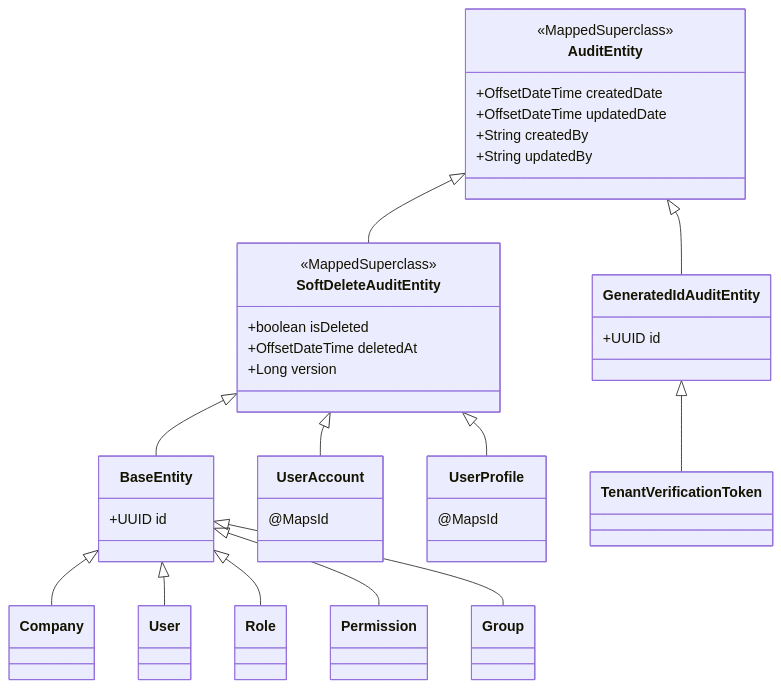
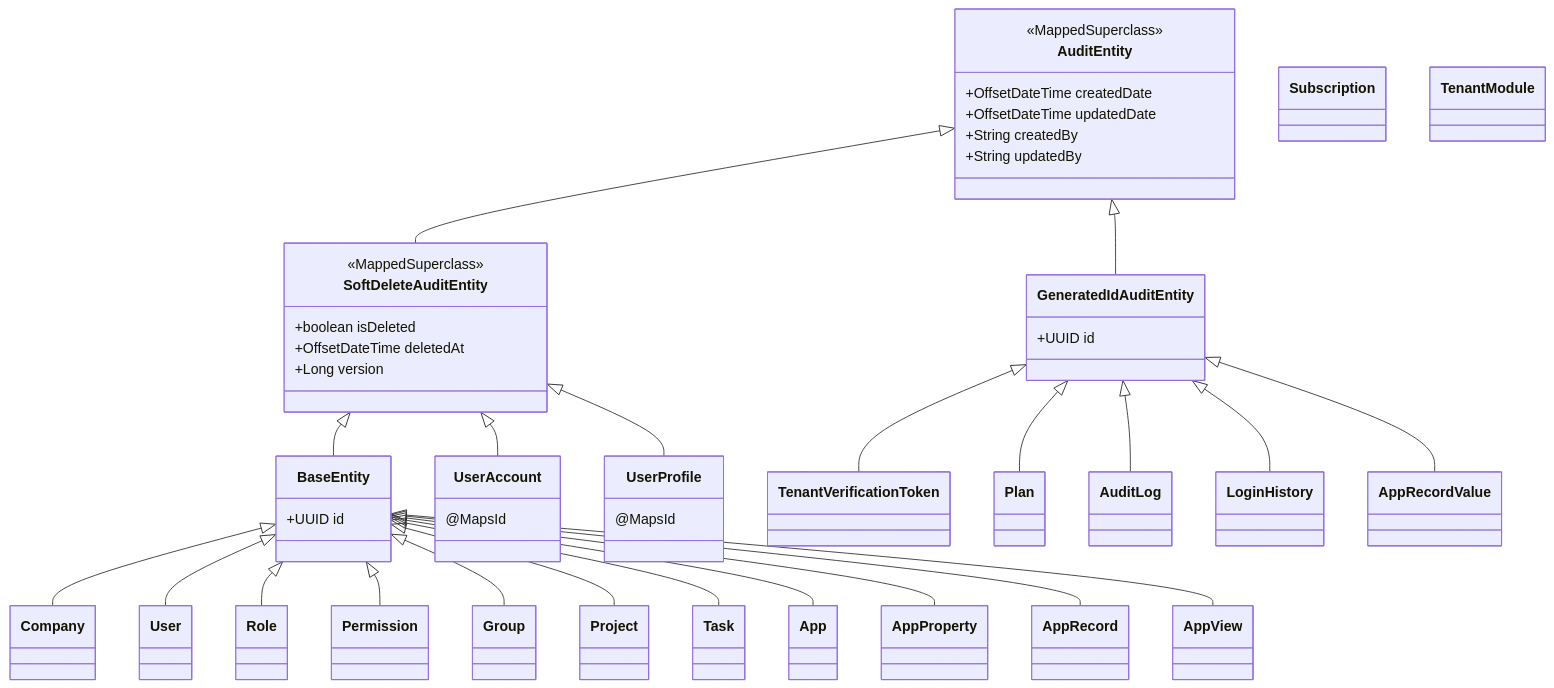
The fifth of 5 diagrams in docs/ARCHITECTURE.md (ibrhalil/forgesys), drawn with Mermaid before and after one commit. The commit also changed other lines of this file and 7 other files, not shown here.

````diff
--- a/docs/ARCHITECTURE.md
+++ b/docs/ARCHITECTURE.md
@@ -195,48 +201,70 @@
 ```mermaid
 classDiagram
     class AuditEntity {
         <<MappedSuperclass>>
         +OffsetDateTime createdDate
         +OffsetDateTime updatedDate
         +String createdBy
         +String updatedBy
     }
     class SoftDeleteAuditEntity {
         <<MappedSuperclass>>
         +boolean isDeleted
         +OffsetDateTime deletedAt
         +Long version
     }
     class BaseEntity {
         +UUID id
     }
     class GeneratedIdAuditEntity {
         +UUID id
     }
 
     AuditEntity <|-- SoftDeleteAuditEntity
     AuditEntity <|-- GeneratedIdAuditEntity
     SoftDeleteAuditEntity <|-- BaseEntity
 
     class Company
     class User
     class UserAccount {
         @MapsId
     }
     class UserProfile {
         @MapsId
     }
     class Role
     class Permission
     class Group
     class TenantVerificationToken
+    class Plan
+    class Subscription
+    class TenantModule
+    class Project
+    class Task
+    class AuditLog
+    class LoginHistory
+    class App
+    class AppProperty
+    class AppRecord
+    class AppRecordValue
+    class AppView
 
     BaseEntity <|-- Company
     BaseEntity <|-- User
     BaseEntity <|-- Role
     BaseEntity <|-- Permission
     BaseEntity <|-- Group
+    BaseEntity <|-- Project
+    BaseEntity <|-- Task
+    BaseEntity <|-- App
+    BaseEntity <|-- AppProperty
+    BaseEntity <|-- AppRecord
+    BaseEntity <|-- AppView
     SoftDeleteAuditEntity <|-- UserAccount
     SoftDeleteAuditEntity <|-- UserProfile
     GeneratedIdAuditEntity <|-- TenantVerificationToken
+    GeneratedIdAuditEntity <|-- Plan
+    GeneratedIdAuditEntity <|-- AuditLog
+    GeneratedIdAuditEntity <|-- LoginHistory
+    GeneratedIdAuditEntity <|-- AppRecordValue
 ```
````
